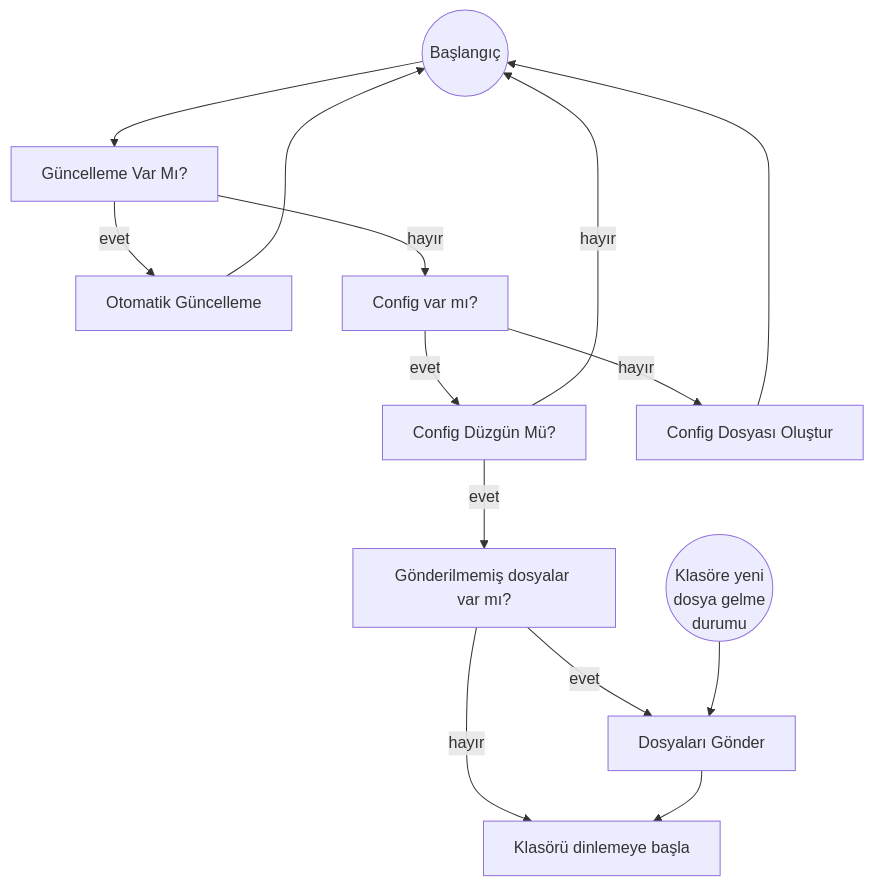
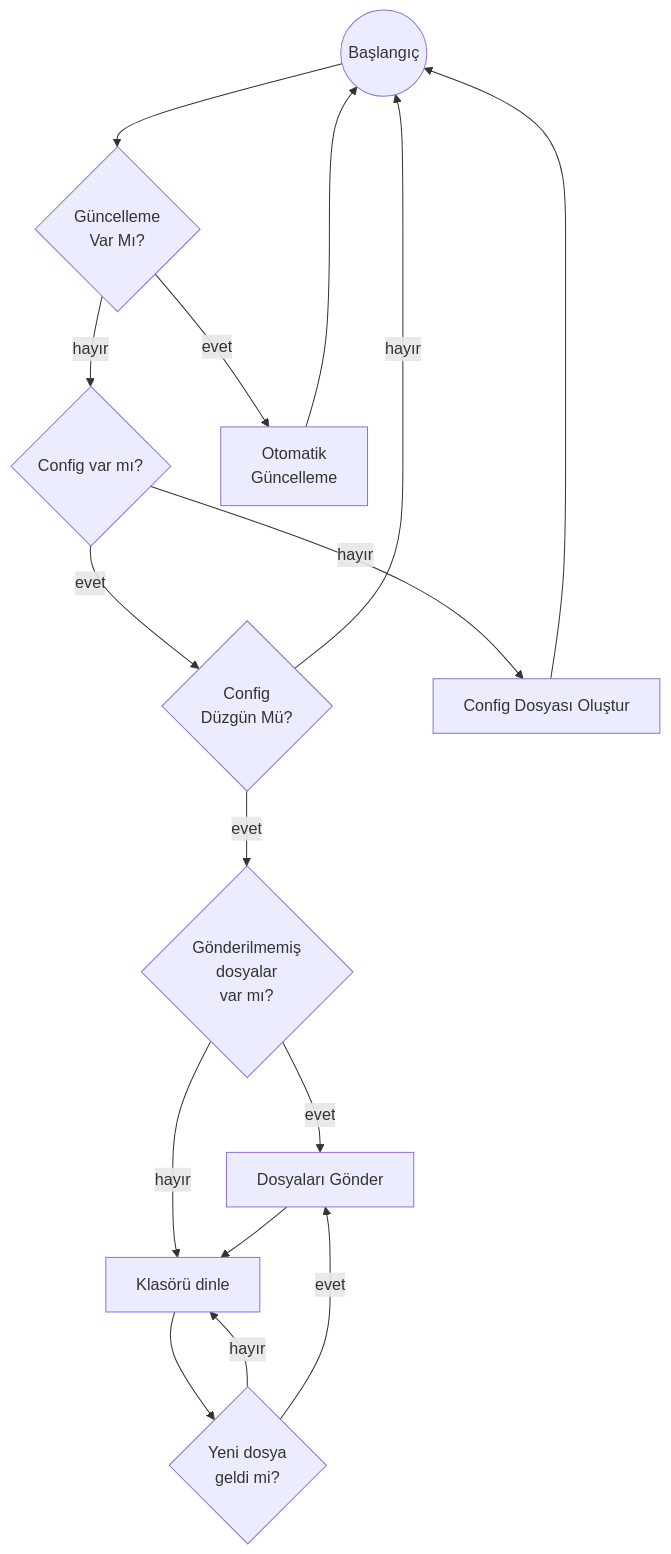
One commit to furkanyilmazorka/folderdinleyici-docs changed the diagram in docs/teknik.md. Above: the diagram before and after it, drawn with Mermaid.

Commit message:
flowchart final (for now)

````diff
--- a/docs/teknik.md
+++ b/docs/teknik.md
@@ -5,16 +5,18 @@
 ``` mermaid
 graph TD
-    n0(("Başlangıç")) --> n1["Güncelleme Var Mı?"]
-    n1 --evet--> n2["Otomatik Güncelleme"] 
-    n1 --hayır--> n3["Config var mı?"]
+    n0(("Başlangıç")) --> n1{"Güncelleme \n Var Mı?"}
+    n1 --hayır--> n3{"Config var mı?"}
+    n1 --evet--> n2["Otomatik \n Güncelleme "]
     n2 --> n0
-    n3 --evet--> n4["Config Düzgün Mü?"]
+    n3 --evet--> n4{"Config \n Düzgün Mü?"}
     n3 --hayır--> n5["Config Dosyası Oluştur"]
     n5 --> n0
-    n4 --evet--> n6["Gönderilmemiş dosyalar var mı?"]
+    n4 --evet--> n6{"Gönderilmemiş \n dosyalar \n var mı?"}
     n4 --hayır--> n0
     n6 --evet--> n7["Dosyaları Gönder"]
-    n6 --hayır--> n8["Klasörü dinlemeye başla"]
+    n6 --hayır--> n8["Klasörü dinle"]
     n7 --> n8
-    n9(("\n Klasöre yeni \n dosya gelme \n durumu")) --> n7
+    n8 --> n9{"Yeni dosya \n geldi mi?"}
+    n9 --hayır--> n8
+    n9 --evet--> n7
 ```
````
